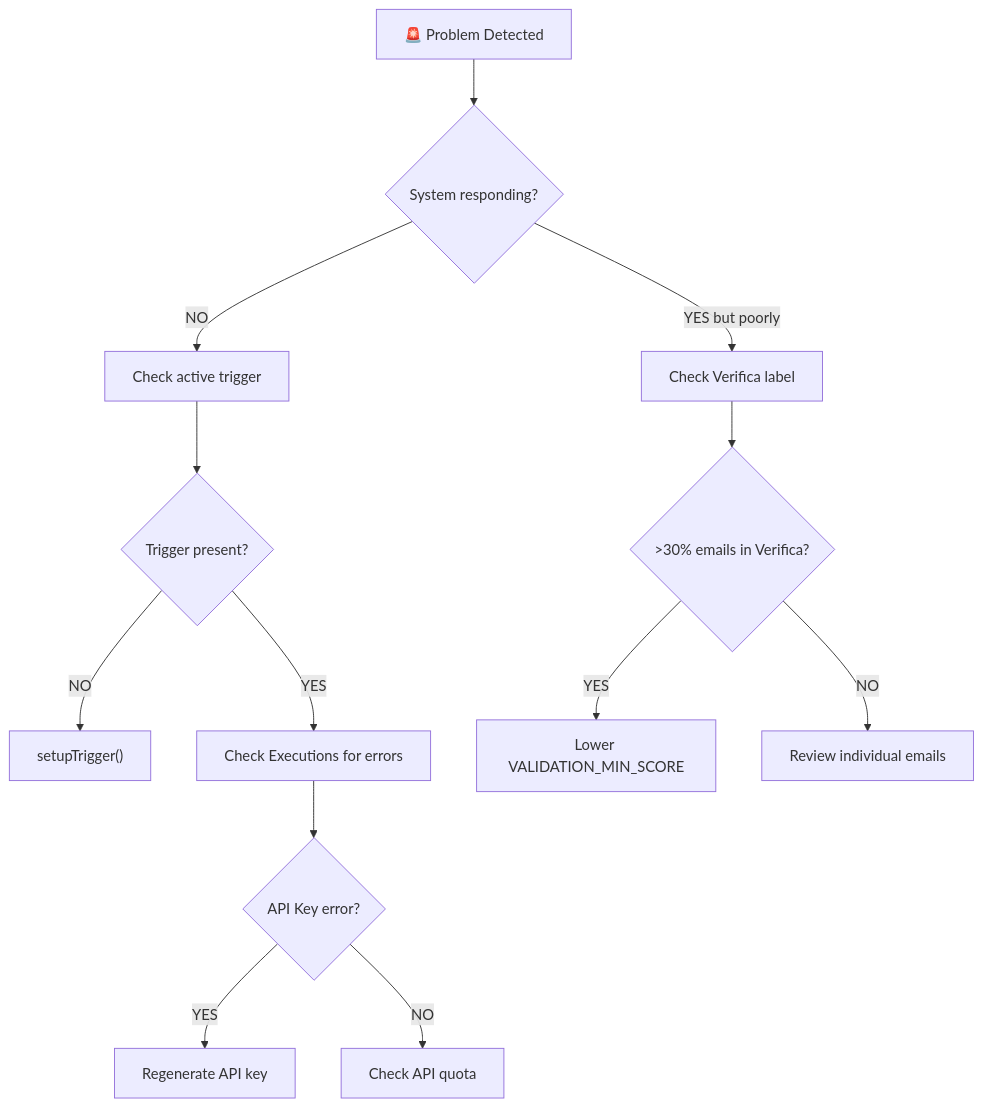
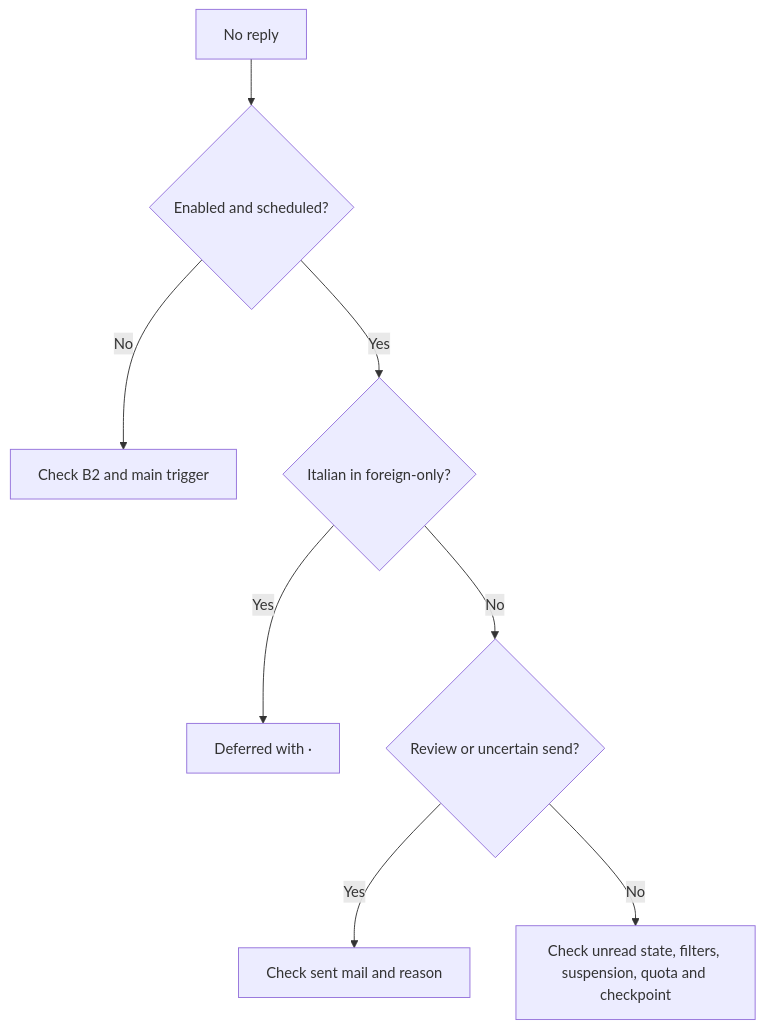
Before and after one commit to rasanfil-source/segreteria: the diagram in docs/QUICK_DECISION_TREE.md, drawn with Mermaid. The commit also changed other lines of this file and 82 other files, not shown here.

````diff
--- a/docs/QUICK_DECISION_TREE.md
+++ b/docs/QUICK_DECISION_TREE.md
@@ -11,15 +5,10 @@
 ```mermaid
-graph TD
-    A[🚨 Problem Detected] --> B{System responding?}
-    B -->|NO| C[Check active trigger]
-    B -->|YES but poorly| D[Check Verifica label]
-    C --> E{Trigger present?}
-    E -->|NO| F["setupTrigger()"]
-    E -->|YES| G[Check Executions for errors]
-    D --> H{">30% emails in Verifica?"}
-    H -->|YES| I["Lower VALIDATION_MIN_SCORE"]
-    H -->|NO| J[Review individual emails]
-    G --> K{API Key error?}
-    K -->|YES| L[Regenerate API key]
-    K -->|NO| M[Check API quota]
+flowchart TD
+ A[No reply] --> B{Enabled and scheduled?}
+ B -->|No| C[Check B2 and main trigger]
+ B -->|Yes| D{Italian in foreign-only?}
+ D -->|Yes| E[Deferred with ·]
+ D -->|No| F{Review or uncertain send?}
+ F -->|Yes| G[Check sent mail and reason]
+ F -->|No| H[Check unread state, filters, suspension, quota and checkpoint]
 ```
````
